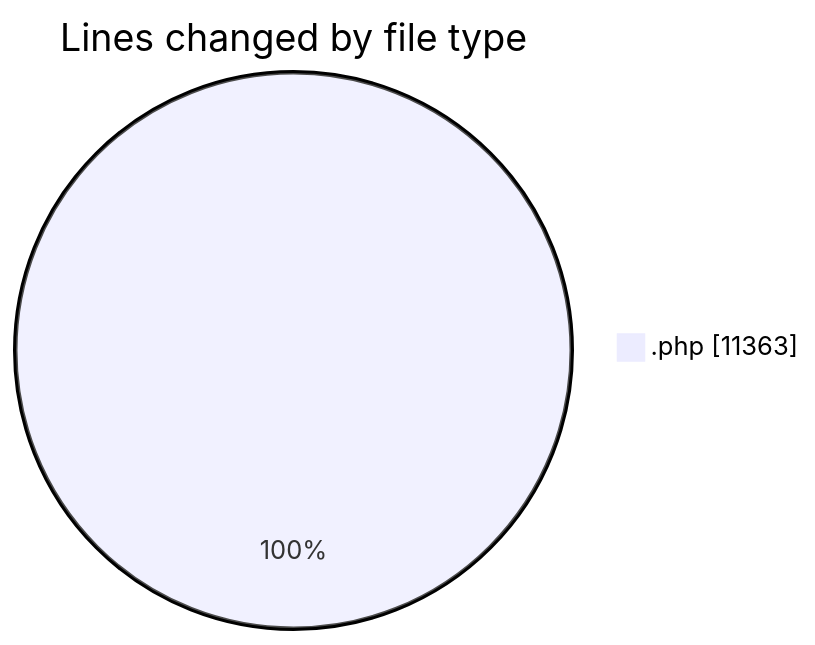
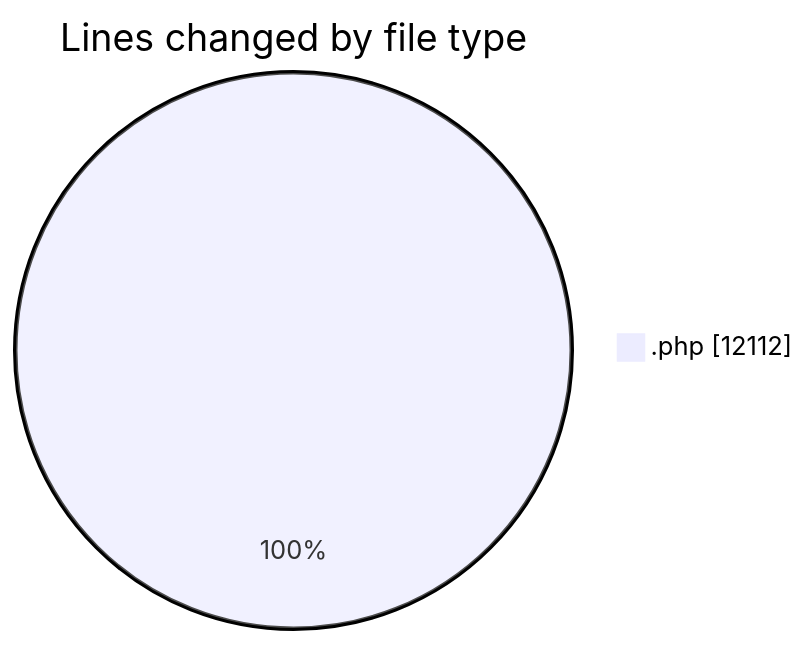
One commit to vahidmafi/code-tracking changed the first of 2 diagrams in 2025-11-09/shop/README.md. Above: the diagram before and after it, drawn with Mermaid. The commit also changed other lines of this file and 1 other file, not shown here.

````diff
--- a/2025-11-09/shop/README.md
+++ b/2025-11-09/shop/README.md
@@ -81,5 +82,5 @@
 ```mermaid
 pie showData
 title Lines changed by file type
-".php" : 11363
+".php" : 12112
 ```
````
